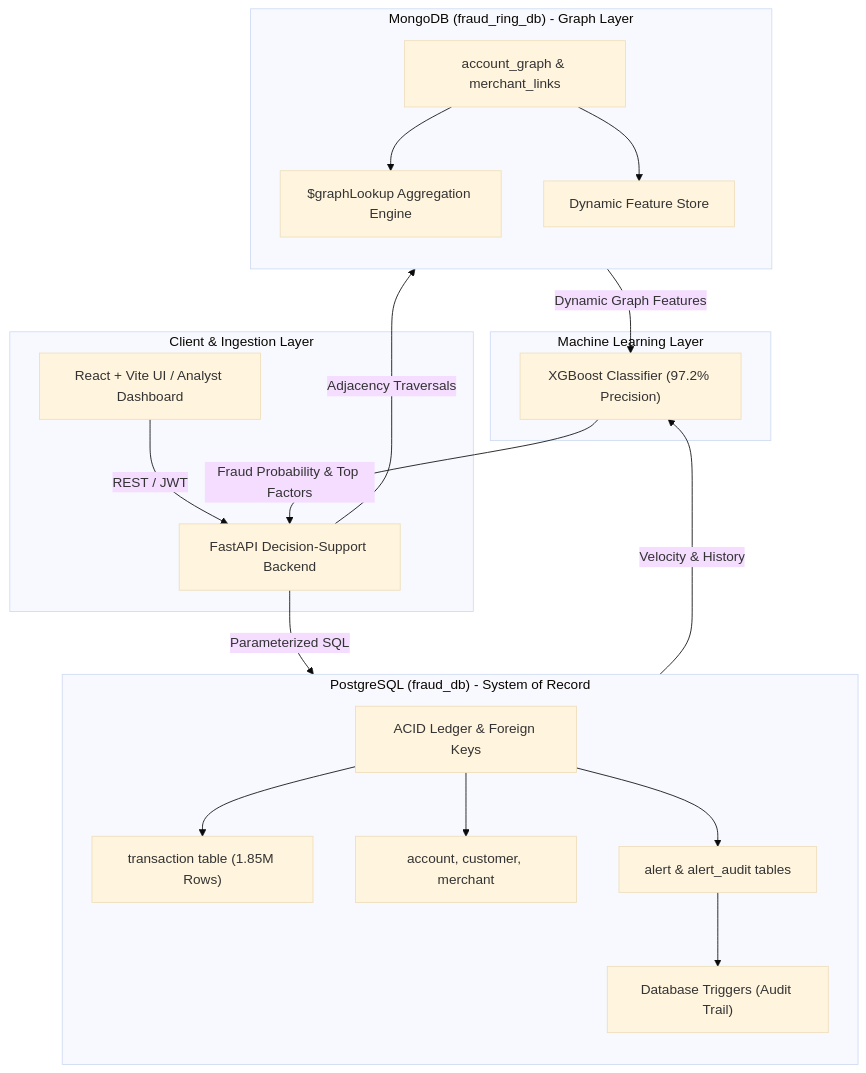
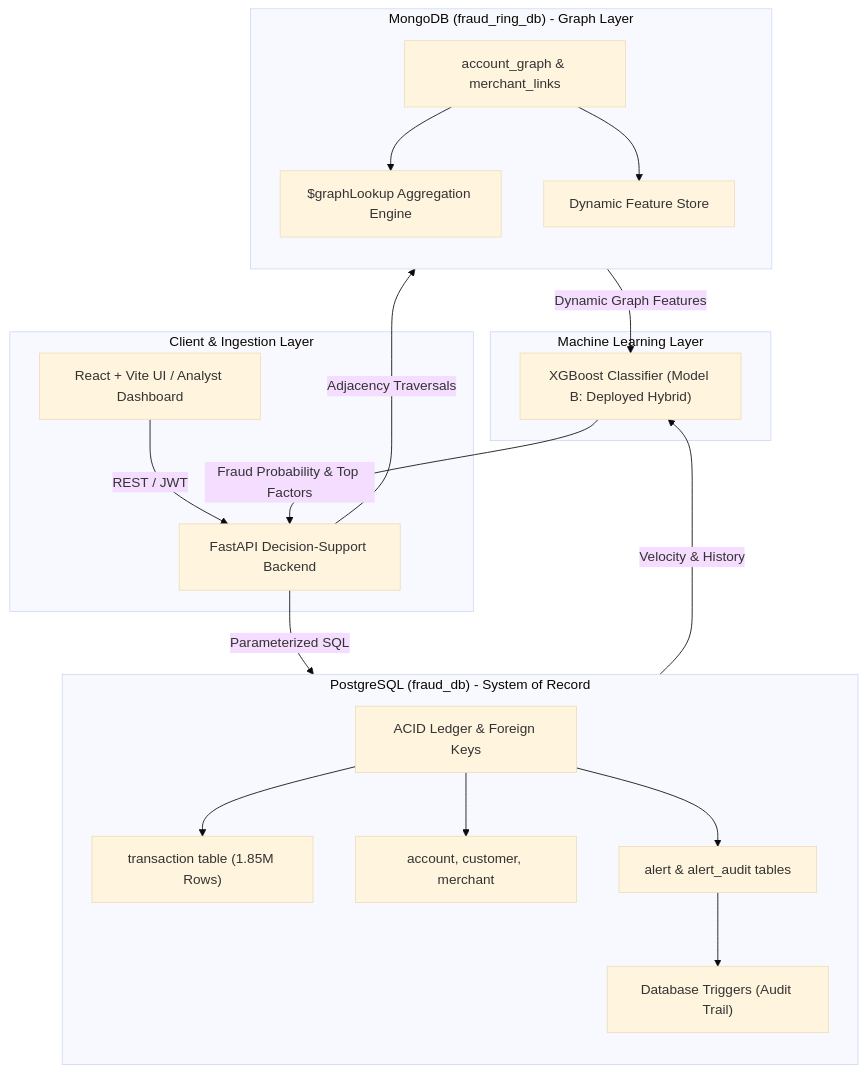
The first of 2 diagrams in explain.md (arnav-bansal-20/Intelligent-Fraud-Ring-Detection-Using-Graph-Analytics-and-Machine-Learning), drawn with Mermaid (base theme) before and after one commit. The commit also changed other lines of this file and 24 other files, not shown here.

````diff
--- a/explain.md
+++ b/explain.md
@@ -23,40 +23,40 @@
 ```mermaid
 flowchart TD
     subgraph ClientLayer ["Client & Ingestion Layer"]
         UI["React + Vite UI / Analyst Dashboard"]
         API["FastAPI Decision-Support Backend"]
     end
 
     subgraph RelationalDBMS ["PostgreSQL (fraud_db) - System of Record"]
         direction TB
         PG_ACID["ACID Ledger & Foreign Keys"]
         T_TX["transaction table (1.85M Rows)"]
         T_ACC["account, customer, merchant"]
         T_ALT["alert & alert_audit tables"]
         PG_TRIG["Database Triggers (Audit Trail)"]
         PG_ACID --> T_TX
         PG_ACID --> T_ACC
         PG_ACID --> T_ALT
         T_ALT --> PG_TRIG
     end
 
     subgraph DocumentDBMS ["MongoDB (fraud_ring_db) - Graph Layer"]
         direction TB
         M_COLL["account_graph & merchant_links"]
         M_PIPE["$graphLookup Aggregation Engine"]
         M_FEAT["Dynamic Feature Store"]
         M_COLL --> M_PIPE
         M_COLL --> M_FEAT
     end
 
     subgraph MLEngine ["Machine Learning Layer"]
-        XGB["XGBoost Classifier (97.2% Precision)"]
+        XGB["XGBoost Classifier (Model B: Deployed Hybrid)"]
     end
 
     UI -->|REST / JWT| API
     API -->|Parameterized SQL| RelationalDBMS
     API -->|Adjacency Traversals| DocumentDBMS
     DocumentDBMS -->|Dynamic Graph Features| XGB
     RelationalDBMS -->|Velocity & History| XGB
     XGB -->|Fraud Probability & Top Factors| API
 ```
````
